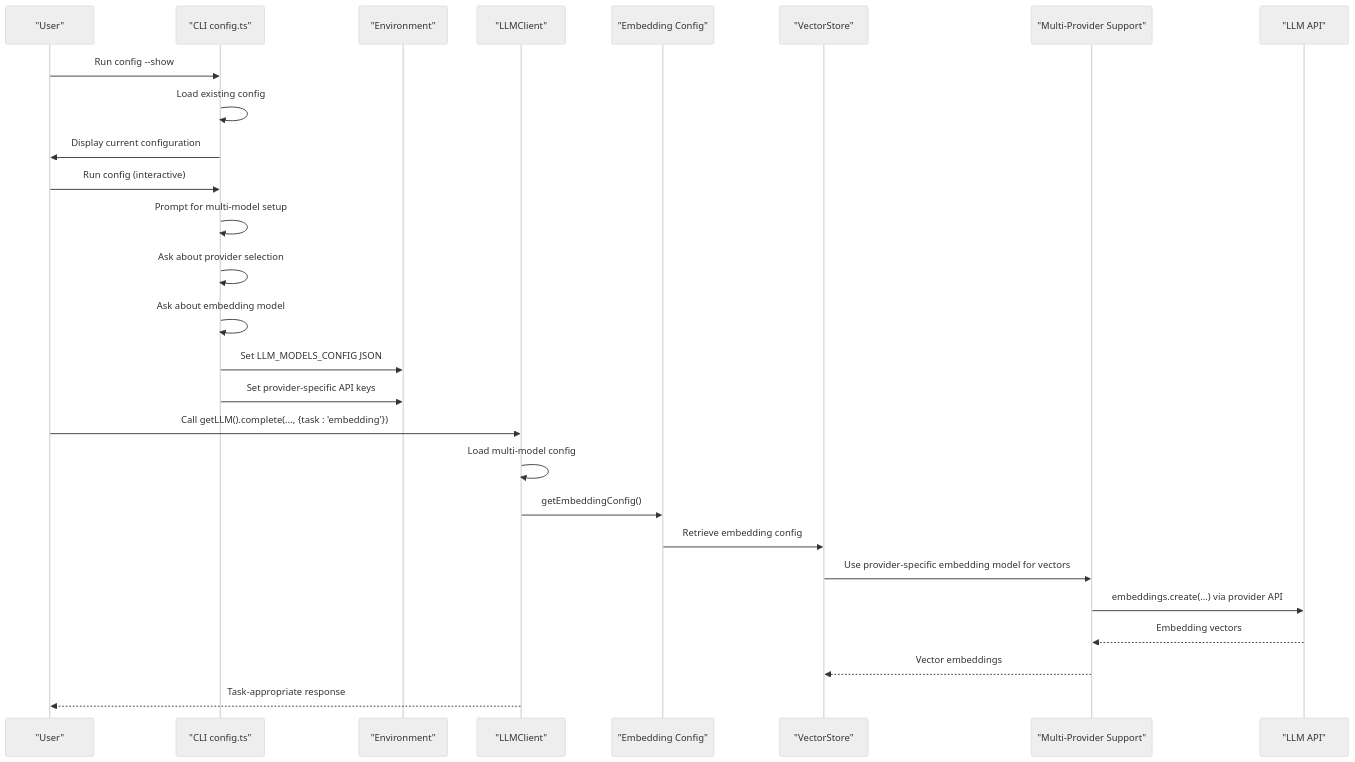
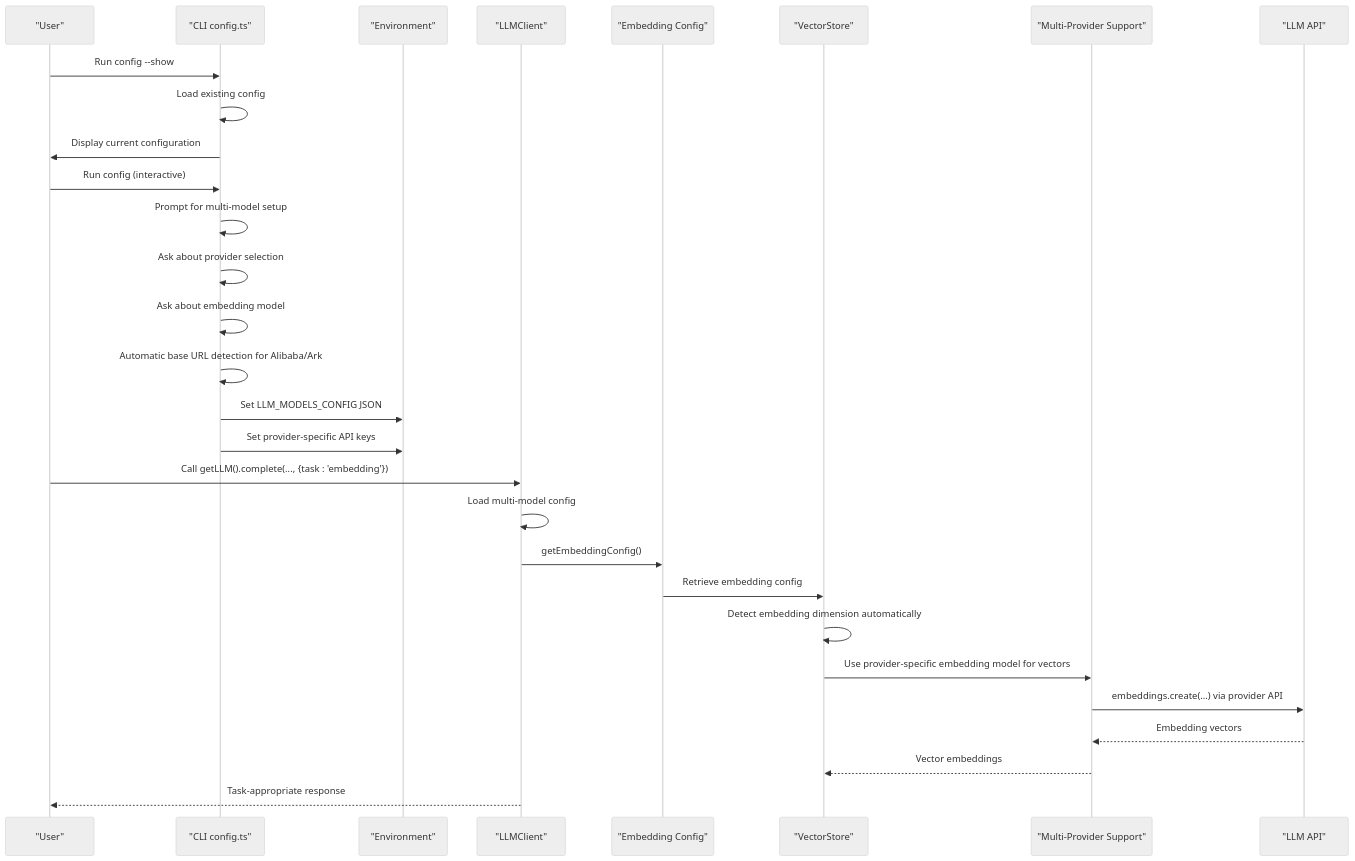
One commit to liwonder/NARRITIVE_OS changed the second of 9 diagrams in .qoder/repowiki/en/content/LLM Integration and Configuration.md. Above: the diagram before and after it, drawn with Mermaid (neutral theme). The commit also changed other lines of this file and 14 other files, not shown here.

````diff
--- a/.qoder/repowiki/en/content/LLM Integration and Configuration.md
+++ b/.qoder/repowiki/en/content/LLM Integration and Configuration.md
@@ -166,29 +169,31 @@
 ```mermaid
 sequenceDiagram
 participant User as "User"
 participant CLI as "CLI config.ts"
 participant Env as "Environment"
 participant Engine as "LLMClient"
 participant Embed as "Embedding Config"
 participant Vector as "VectorStore"
 participant Provider as "Multi-Provider Support"
 participant LLM as "LLM API"
 User->>CLI : Run config --show
 CLI->>CLI : Load existing config
 CLI->>User : Display current configuration
 User->>CLI : Run config (interactive)
 CLI->>CLI : Prompt for multi-model setup
 CLI->>CLI : Ask about provider selection
 CLI->>CLI : Ask about embedding model
+CLI->>CLI : Automatic base URL detection for Alibaba/Ark
 CLI->>Env : Set LLM_MODELS_CONFIG JSON
 CLI->>Env : Set provider-specific API keys
 User->>Engine : Call getLLM().complete(..., {task : 'embedding'})
 Engine->>Engine : Load multi-model config
 Engine->>Embed : getEmbeddingConfig()
 Embed->>Vector : Retrieve embedding config
+Vector->>Vector : Detect embedding dimension automatically
 Vector->>Provider : Use provider-specific embedding model for vectors
 Provider->>LLM : embeddings.create(...) via provider API
 LLM-->>Provider : Embedding vectors
 Provider-->>Vector : Vector embeddings
 Engine-->>User : Task-appropriate response
 ```
````
